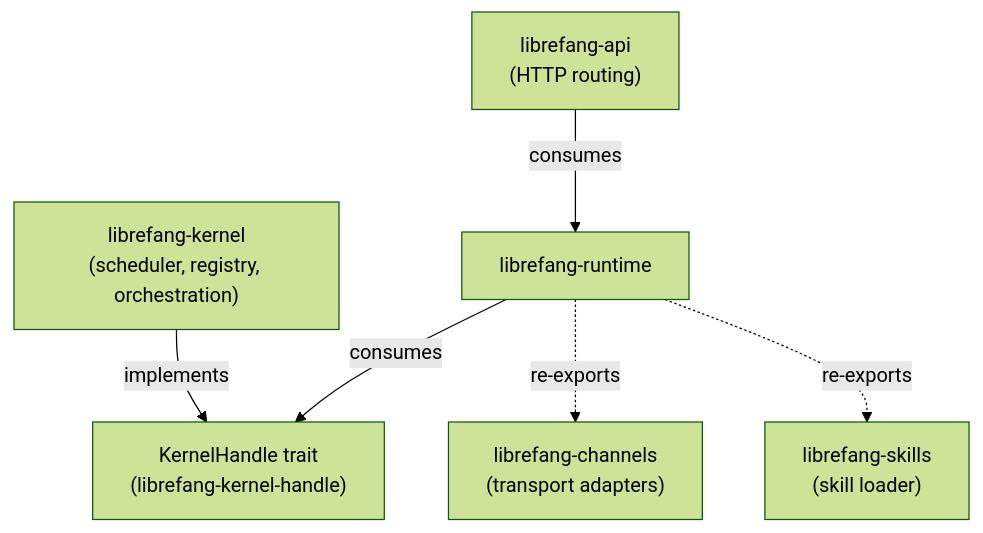
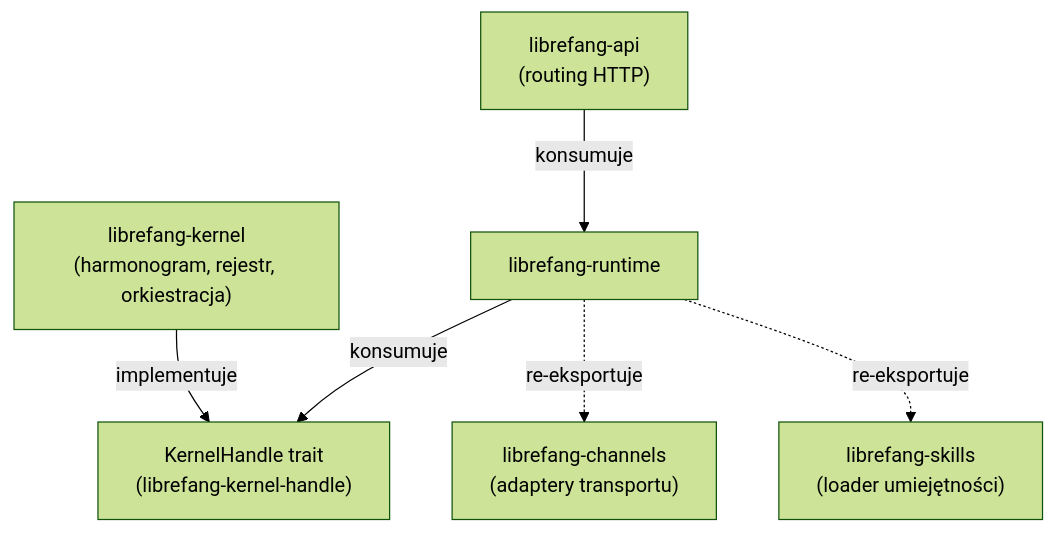
One commit to leszek3737/librefang-WIki changed the first of 2 diagrams in crates-librefang-runtime.md. Above: the diagram before and after it, drawn with Mermaid (forest theme). The commit also changed other lines of this file and 104 other files, not shown here.

````diff
--- a/crates-librefang-runtime.md
+++ b/crates-librefang-runtime.md
@@ -9,15 +9,15 @@
 ```mermaid
 graph TD
-    Kernel["librefang-kernel<br/>(scheduler, registry, orchestration)"]
+    Kernel["librefang-kernel<br/>(harmonogram, rejestr, orkiestracja)"]
     Handle["KernelHandle trait<br/>(librefang-kernel-handle)"]
     RT["librefang-runtime"]
-    API["librefang-api<br/>(HTTP routing)"]
-    Channels["librefang-channels<br/>(transport adapters)"]
-    Skills["librefang-skills<br/>(skill loader)"]
+    API["librefang-api<br/>(routing HTTP)"]
+    Channels["librefang-channels<br/>(adaptery transportu)"]
+    Skills["librefang-skills<br/>(loader umiejętności)"]
 
-    Kernel -->|implements| Handle
-    RT -->|consumes| Handle
-    API -->|consumes| RT
-    RT -.->|re-exports| Channels
-    RT -.->|re-exports| Skills
+    Kernel -->|implementuje| Handle
+    RT -->|konsumuje| Handle
+    API -->|konsumuje| RT
+    RT -.->|re-eksportuje| Channels
+    RT -.->|re-eksportuje| Skills
 ```
````
